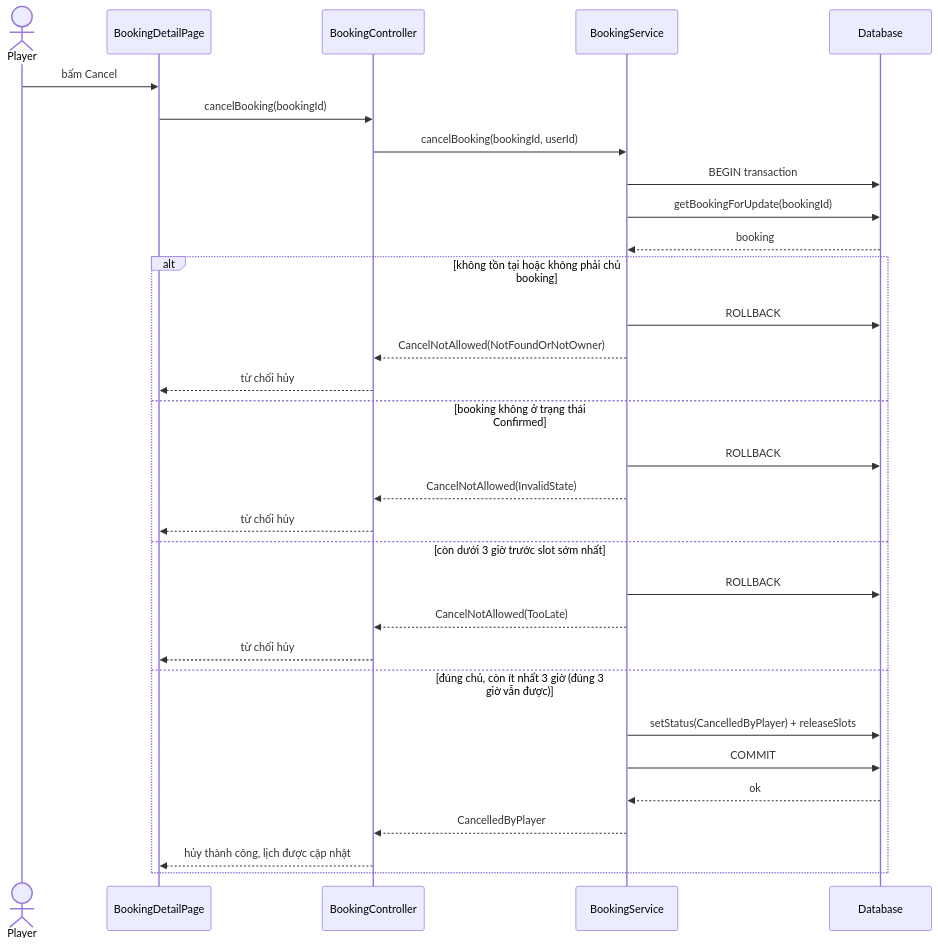
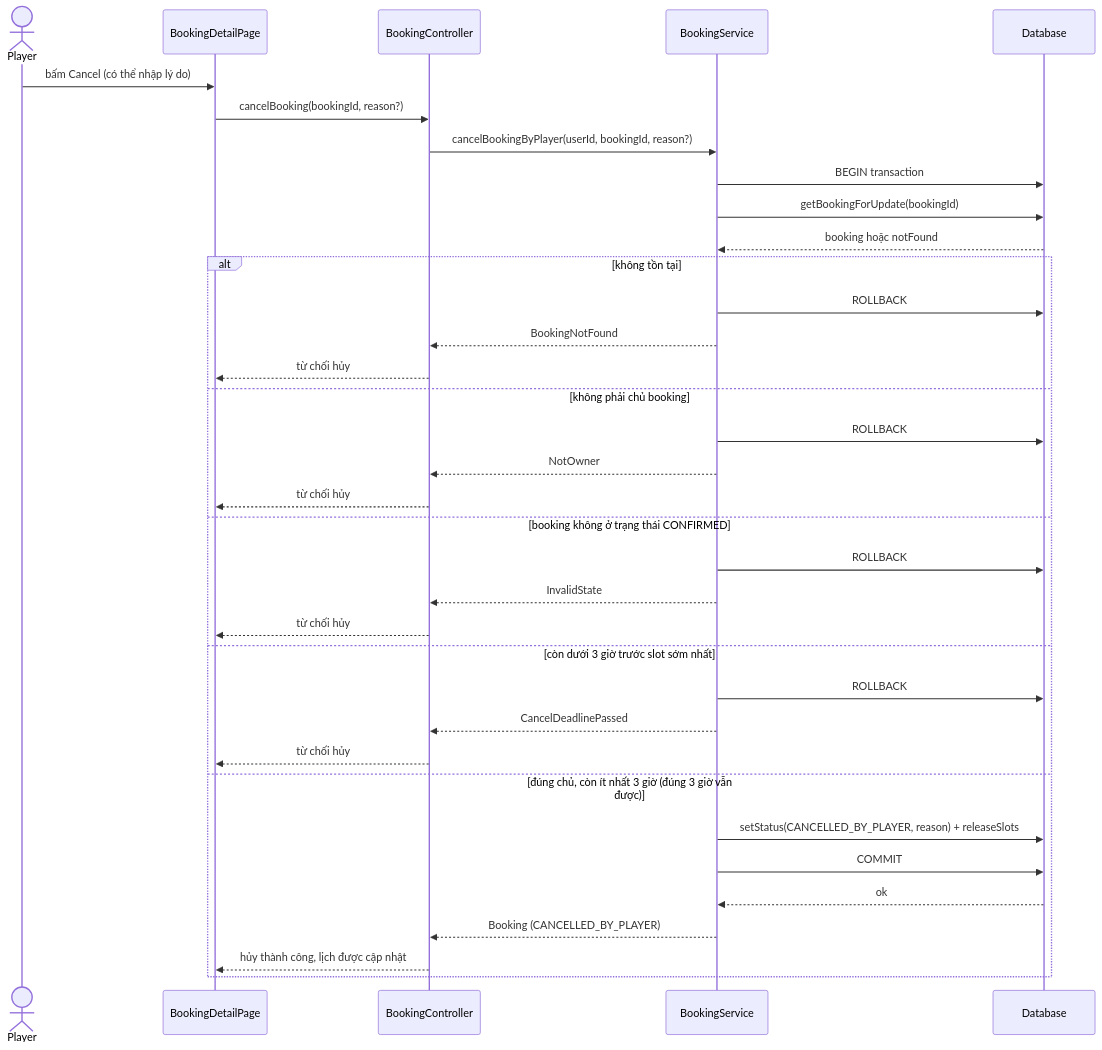
Before and after one commit to buikhoa130406/se-project-t04: the fourth of 6 diagrams in docs/design/sequences/sequence-diagrams.md, drawn with Mermaid. The commit also changed other lines of this file and 5 other files, not shown here.

````diff
--- a/docs/design/sequences/sequence-diagrams.md
+++ b/docs/design/sequences/sequence-diagrams.md
@@ -211,35 +216,39 @@
 ```mermaid
 sequenceDiagram
     actor Player
     participant BookingDetailPage
     participant BookingController
     participant BookingService
     participant Database
 
-    Player->>BookingDetailPage: bấm Cancel
-    BookingDetailPage->>BookingController: cancelBooking(bookingId)
-    BookingController->>BookingService: cancelBooking(bookingId, userId)
+    Player->>BookingDetailPage: bấm Cancel (có thể nhập lý do)
+    BookingDetailPage->>BookingController: cancelBooking(bookingId, reason?)
+    BookingController->>BookingService: cancelBookingByPlayer(userId, bookingId, reason?)
     BookingService->>Database: BEGIN transaction
     BookingService->>Database: getBookingForUpdate(bookingId)
-    Database-->>BookingService: booking
+    Database-->>BookingService: booking hoặc notFound
 
-    alt không tồn tại hoặc không phải chủ booking
+    alt không tồn tại
         BookingService->>Database: ROLLBACK
-        BookingService-->>BookingController: CancelNotAllowed(NotFoundOrNotOwner)
+        BookingService-->>BookingController: BookingNotFound
         BookingController-->>BookingDetailPage: từ chối hủy
-    else booking không ở trạng thái Confirmed
+    else không phải chủ booking
         BookingService->>Database: ROLLBACK
-        BookingService-->>BookingController: CancelNotAllowed(InvalidState)
+        BookingService-->>BookingController: NotOwner
+        BookingController-->>BookingDetailPage: từ chối hủy
+    else booking không ở trạng thái CONFIRMED
+        BookingService->>Database: ROLLBACK
+        BookingService-->>BookingController: InvalidState
         BookingController-->>BookingDetailPage: từ chối hủy
     else còn dưới 3 giờ trước slot sớm nhất
         BookingService->>Database: ROLLBACK
-        BookingService-->>BookingController: CancelNotAllowed(TooLate)
+        BookingService-->>BookingController: CancelDeadlinePassed
         BookingController-->>BookingDetailPage: từ chối hủy
     else đúng chủ, còn ít nhất 3 giờ (đúng 3 giờ vẫn được)
-        BookingService->>Database: setStatus(CancelledByPlayer) + releaseSlots
+        BookingService->>Database: setStatus(CANCELLED_BY_PLAYER, reason) + releaseSlots
         BookingService->>Database: COMMIT
         Database-->>BookingService: ok
-        BookingService-->>BookingController: CancelledByPlayer
+        BookingService-->>BookingController: Booking (CANCELLED_BY_PLAYER)
         BookingController-->>BookingDetailPage: hủy thành công, lịch được cập nhật
     end
 ```
````
